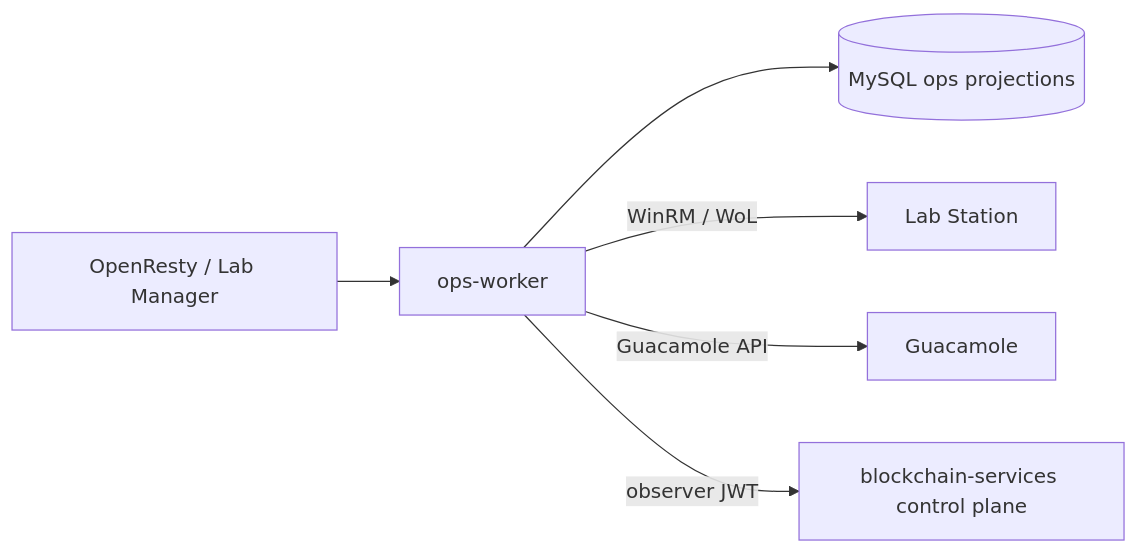
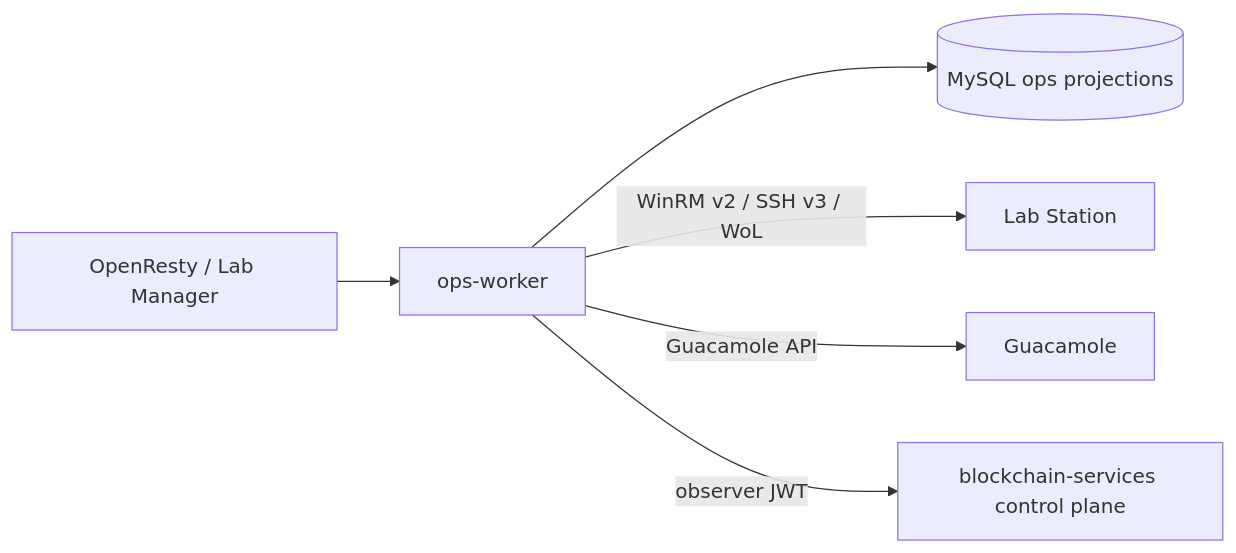
The diagram in ops-worker/README.md (DecentraLabsCom/Lab-Gateway), drawn with Mermaid before and after one commit. The commit also changed other lines of this file and 14 other files, not shown here.

````diff
--- a/ops-worker/README.md
+++ b/ops-worker/README.md
@@ -19,8 +20,8 @@
 ```mermaid
 flowchart LR
     Edge["OpenResty / Lab Manager"] --> Ops["ops-worker"]
     Ops --> DB[("MySQL ops projections")]
-    Ops -->|WinRM / WoL| Station["Lab Station"]
+    Ops -->|WinRM v2 / SSH v3 / WoL| Station["Lab Station"]
     Ops -->|Guacamole API| Guac["Guacamole"]
     Ops -->|observer JWT| Backend["blockchain-services control plane"]
 ```
````
